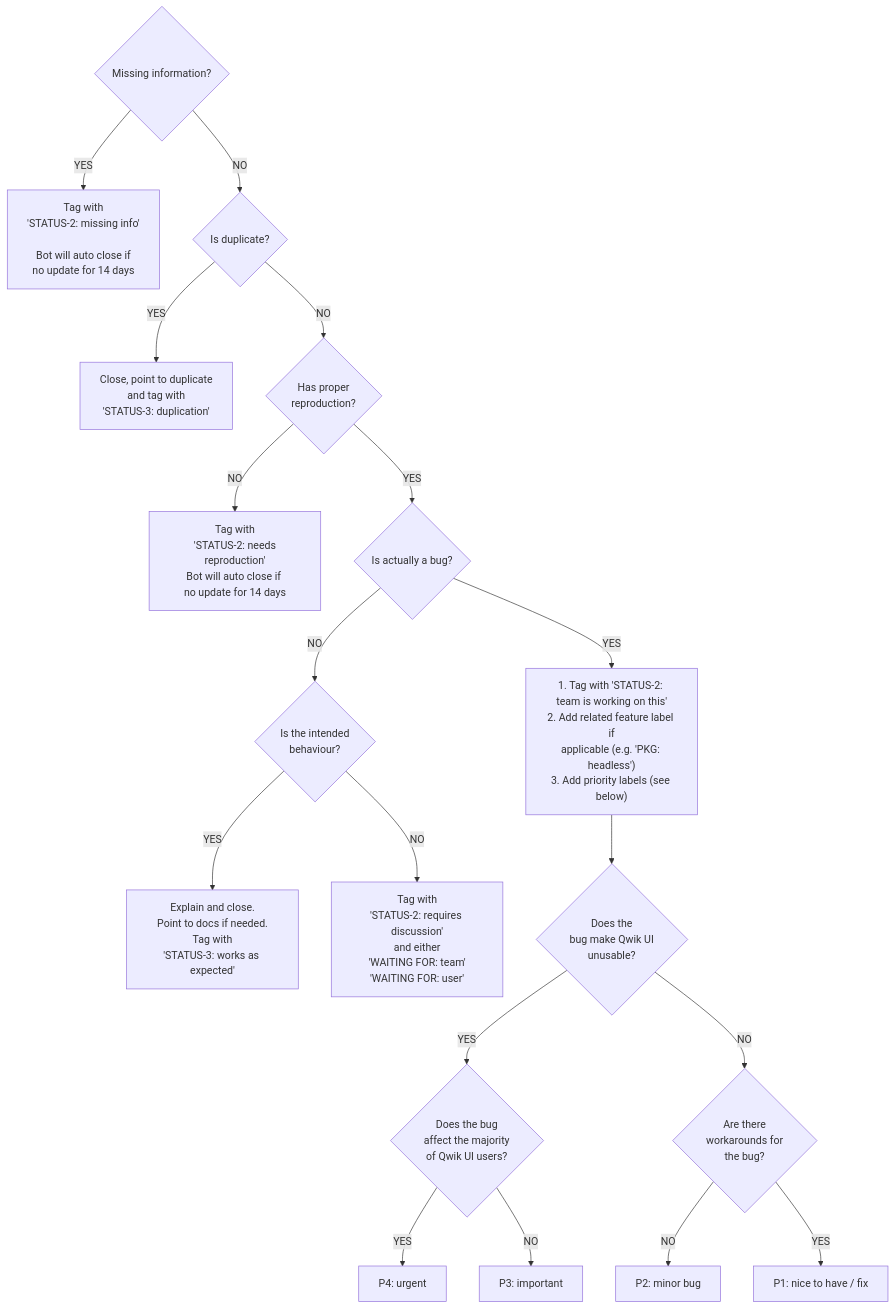
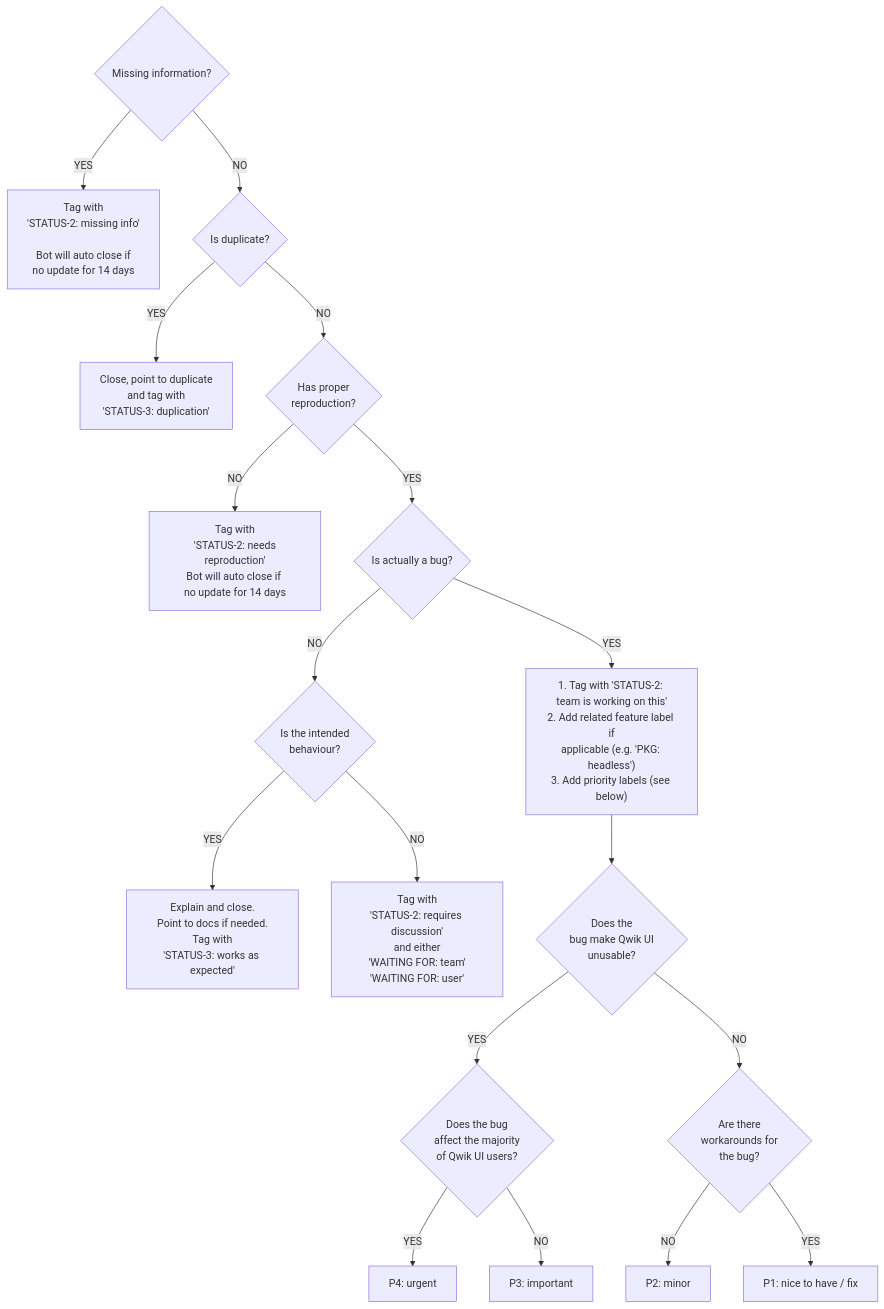
One commit to qwikifiers/qwik-ui changed the first of 2 diagrams in contributing/TRIAGE.md. Above: the diagram before and after it, drawn with Mermaid.

Commit message:
fixed a typo in triage guide

````diff
--- a/contributing/TRIAGE.md
+++ b/contributing/TRIAGE.md
@@ -23,21 +23,21 @@
 ```mermaid
 flowchart TD
     start{Missing information?}
     start --YES--> close1[Tag with\n'STATUS-2: missing info'\n\nBot will auto close if\n no update for 14 days]
     start --NO--> dupe{Is duplicate?}
     dupe --YES--> close2[Close, point to duplicate\n and tag with\n'STATUS-3: duplication']
     dupe --NO--> repro{Has proper\nreproduction?}
     repro --NO--> close3[Tag with\n 'STATUS-2: needs reproduction'\nBot will auto close if \nno update for 14 days]
     repro --YES--> real{Is actually a bug?}
     real --NO--> intended{Is the intended\nbehaviour?}
     intended --YES--> explain[Explain and close.\nPoint to docs if needed.\nTag with\n'STATUS-3: works as expected']
     intended --NO--> open[Tag with\n'STATUS-2: requires discussion'\nand either\n'WAITING FOR: team'\n'WAITING FOR: user']
     real --YES--> real2["1. Tag with 'STATUS-2: team is working on this'\n2. Add related feature label if\napplicable (e.g. 'PKG: headless')\n3. Add priority labels (see below)"]
     real2 --> unusable{Does the\nbug make Qwik UI\nunusable?}
     unusable --YES--> maj{Does the bug\naffect the majority\nof Qwik UI users?}
     maj --YES--> P4[P4: urgent]
     maj --NO--> P3[P3: important]
     unusable --NO--> workarounds{Are there\nworkarounds for\nthe bug?}
-    workarounds --NO--> P2[P2: minor bug]
+    workarounds --NO--> P2[P2: minor]
     workarounds --YES--> P1[P1: nice to have / fix]
 ```
````
